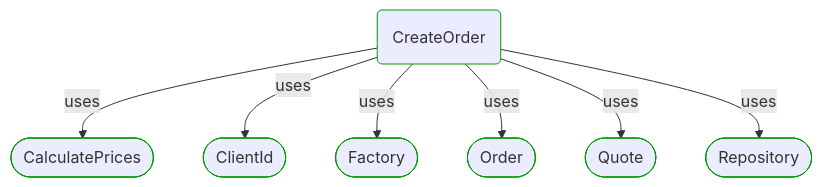
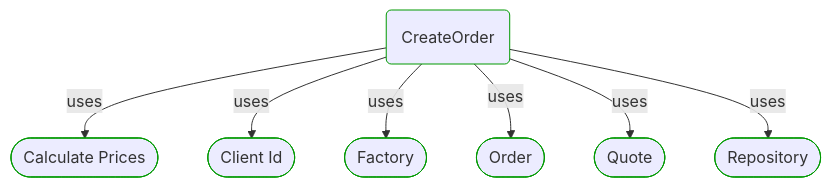
Before and after one commit to itlibrium/DDD-starter-dotnet: the second of 4 diagrams in Docs/P3/MermaidOutput/ProcessSteps/Sale/Wholesale ordering/CreateOrder.md, drawn with Mermaid. The commit also changed other lines of this file and 174 other files, not shown here.

````diff
--- a/Docs/P3/MermaidOutput/ProcessSteps/Sale/Wholesale ordering/CreateOrder.md
+++ b/Docs/P3/MermaidOutput/ProcessSteps/Sale/Wholesale ordering/CreateOrder.md
@@ -37,26 +34,26 @@
 ```mermaid
   flowchart TB
     0(CreateOrder)
     class 0 DomainPerspective
-    1([CalculatePrices])
+    1([Calculate Prices])
     class 1 DomainPerspective
     0-->|uses|1
-    2([ClientId])
+    2([Client Id])
     class 2 DomainPerspective
     0-->|uses|2
     3([Factory])
     class 3 DomainPerspective
     0-->|uses|3
     4([Order])
     class 4 DomainPerspective
     0-->|uses|4
     5([Quote])
     class 5 DomainPerspective
     0-->|uses|5
     6([Repository])
     class 6 DomainPerspective
     0-->|uses|6
     classDef DomainPerspective stroke:#009900
     classDef TechnologyPerspective stroke:#1F41EB
     classDef PeoplePerspective stroke:#FFF014
 ```
````
